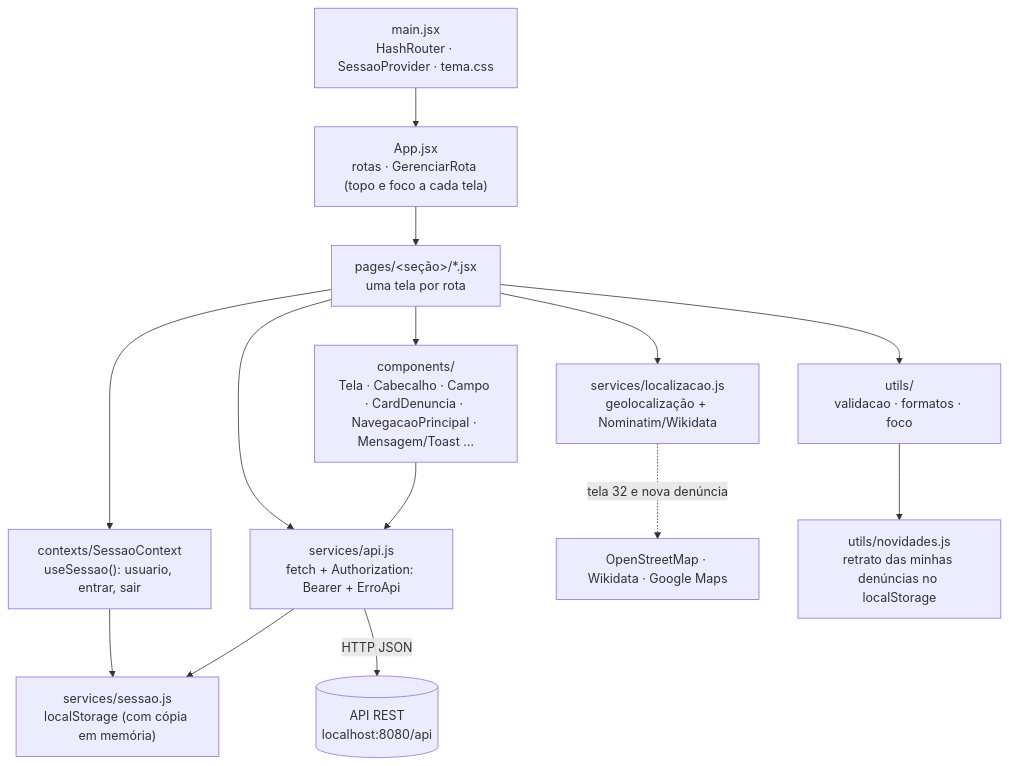
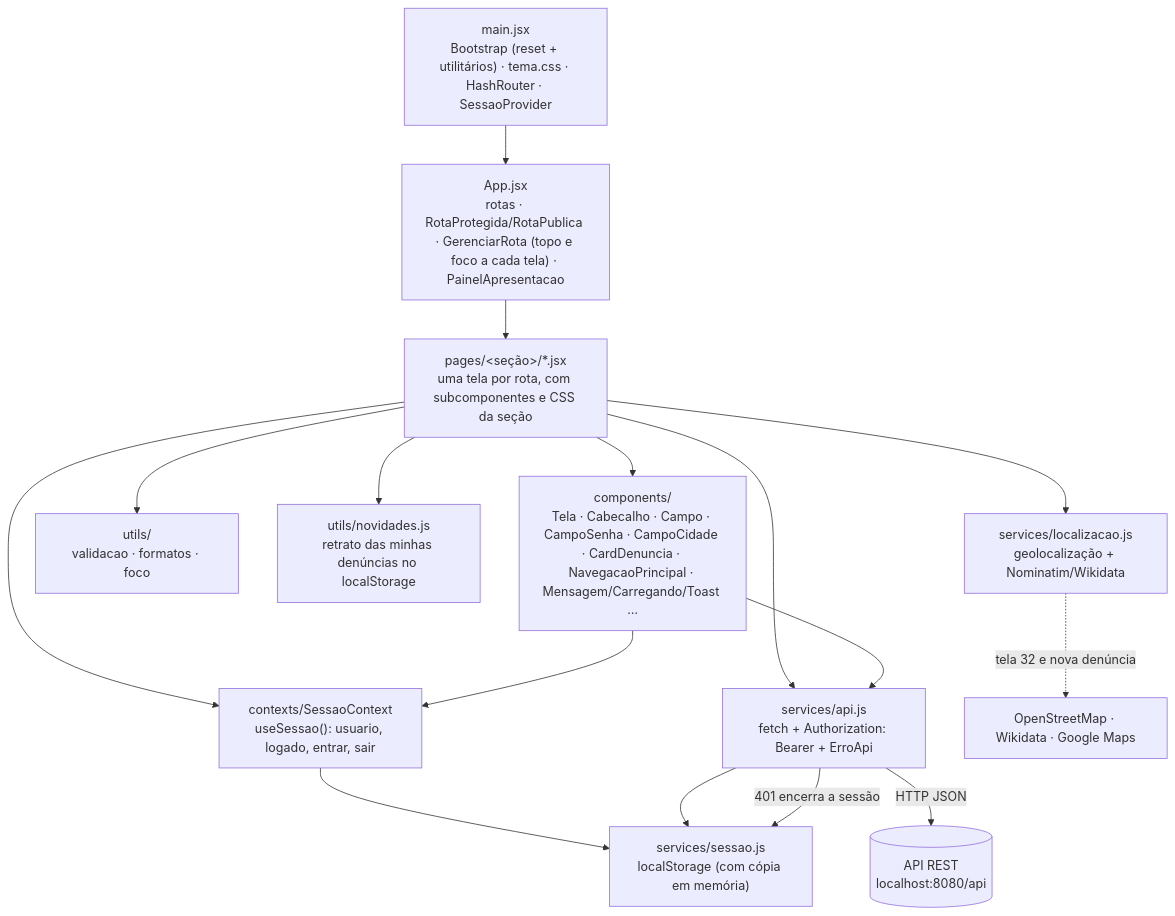
The second of 2 diagrams in docs/diagramas/diagrama-frontend.md (JoaoRicardoSOC/meus-direitos), drawn with Mermaid before and after one commit. The commit also changed other lines of this file, not shown here.

Commit message:
docs(diagramas): completa as rotas, os fluxos e as camadas do front-end

````diff
--- a/docs/diagramas/diagrama-frontend.md
+++ b/docs/diagramas/diagrama-frontend.md
@@ -64,16 +70,18 @@
 ```mermaid
 flowchart TB
-    main["main.jsx<br/>HashRouter · SessaoProvider · tema.css"] --> App["App.jsx<br/>rotas · GerenciarRota (topo e foco a cada tela)"]
-    App --> Telas["pages/&lt;seção&gt;/*.jsx<br/>uma tela por rota"]
-    Telas --> Comp["components/<br/>Tela · Cabecalho · Campo · CardDenuncia · NavegacaoPrincipal · Mensagem/Toast …"]
+    main["main.jsx<br/>Bootstrap (reset + utilitários) · tema.css · HashRouter · SessaoProvider"] --> App["App.jsx<br/>rotas · RotaProtegida/RotaPublica · GerenciarRota (topo e foco a cada tela) · PainelApresentacao"]
+    App --> Telas["pages/&lt;seção&gt;/*.jsx<br/>uma tela por rota, com subcomponentes e CSS da seção"]
+    Telas --> Comp["components/<br/>Tela · Cabecalho · Campo · CampoSenha · CampoCidade · CardDenuncia · NavegacaoPrincipal · Mensagem/Carregando/Toast …"]
     Telas --> Utils["utils/<br/>validacao · formatos · foco"]
-    Telas --> Sessao["contexts/SessaoContext<br/>useSessao(): usuario, entrar, sair"]
+    Telas --> Novidades["utils/novidades.js<br/>retrato das minhas denúncias no localStorage"]
+    Telas --> Sessao["contexts/SessaoContext<br/>useSessao(): usuario, logado, entrar, sair"]
     Telas --> Api["services/api.js<br/>fetch + Authorization: Bearer + ErroApi"]
     Comp --> Api
+    Comp --> Sessao
     Sessao --> Arm["services/sessao.js<br/>localStorage (com cópia em memória)"]
     Api --> Arm
+    Api -- "401 encerra a sessão" --> Arm
     Api -- "HTTP JSON" --> Backend[("API REST<br/>localhost:8080/api")]
     Telas --> Loc["services/localizacao.js<br/>geolocalização + Nominatim/Wikidata"]
     Loc -. "tela 32 e nova denúncia" .-> Externos["OpenStreetMap · Wikidata · Google Maps"]
-    Utils --> Novidades["utils/novidades.js<br/>retrato das minhas denúncias no localStorage"]
 ```
````
